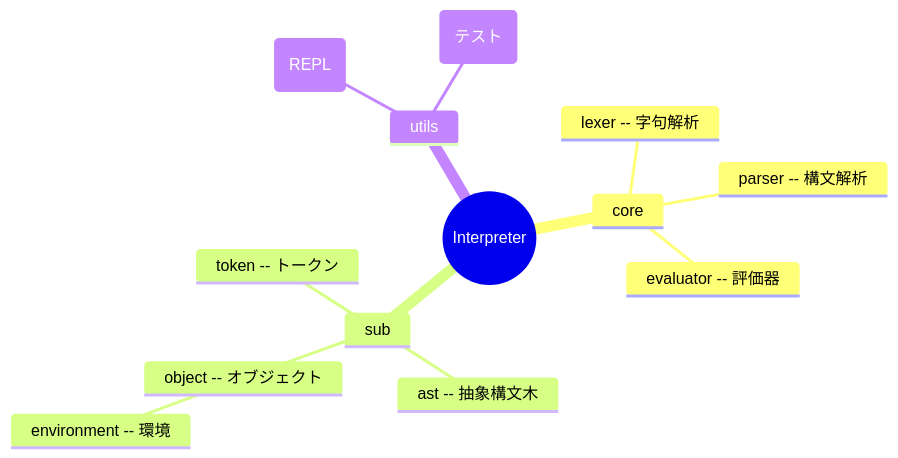
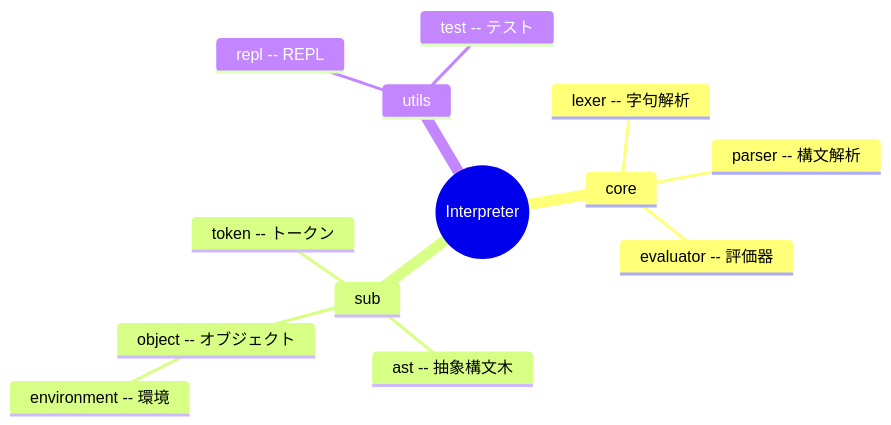
One commit to mori5321/mybook changed the diagram in src/blog/ja/writing_a_interpreter_in_go.md. Above: the diagram before and after it, drawn with Mermaid.

````diff
--- a/src/blog/ja/writing_a_interpreter_in_go.md
+++ b/src/blog/ja/writing_a_interpreter_in_go.md
@@ -10,16 +10,16 @@
 ```mermaid
 mindmap
     root((Interpreter))
         core
             lexer -- 字句解析
             parser -- 構文解析 
             evaluator -- 評価器
         sub
             token -- トークン
             ast -- 抽象構文木
             object -- オブジェクト
                 environment -- 環境
         utils
-            repl(REPL)
-            test(テスト)
+            repl -- REPL
+            test -- テスト
 ```
````
